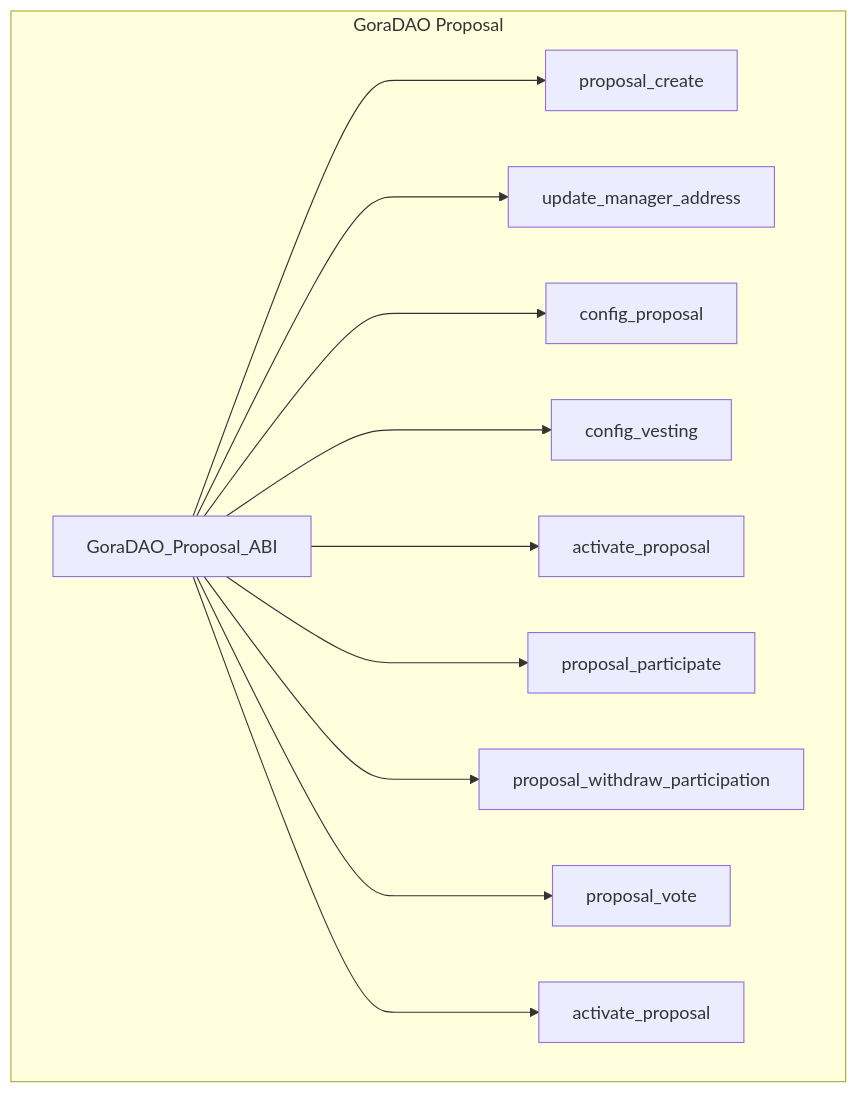
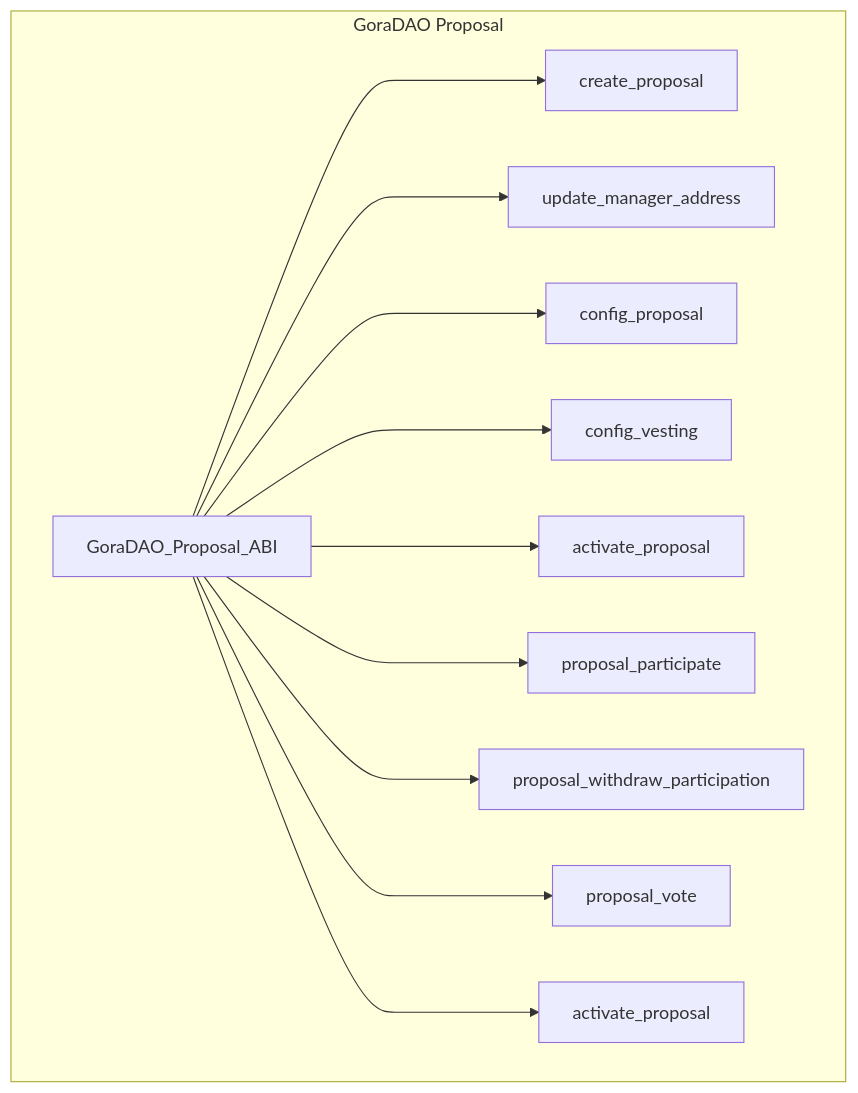
The seventh of 8 diagrams in README.md (GoraNetwork/gora-dao-smartcontracts), drawn with Mermaid before and after one commit.

Commit message:
AL-366 : Fixed typo on README.md

````diff
--- a/README.md
+++ b/README.md
@@ -272,32 +272,32 @@
 ```mermaid
 
 graph TB
  
       subgraph GoraDAO Proposal
             GoraDAO_Proposal[GoraDAO_Proposal_ABI]
-            Proposal_Create[proposal_create]
+            Proposal_Create[create_proposal]
             Update_Manager_address[update_manager_address]
             Configure_Proposal[config_proposal]
             Configure_Vesting[config_vesting]
             Activate_Voting[activate_proposal]
             Proposal_Participate[proposal_participate]
             Proposal_Withdraw_Participation[proposal_withdraw_participation]
             Proposal_Vote[proposal_vote]
             Force_Close_Proposal[activate_proposal]
        
         end
       
 
       GoraDAO_Proposal[GoraDAO_Proposal_ABI] ---> Proposal_Create
       GoraDAO_Proposal[GoraDAO_Proposal_ABI] ---> Update_Manager_address
 
       GoraDAO_Proposal[GoraDAO_Proposal_ABI] ---> Configure_Proposal
       GoraDAO_Proposal[GoraDAO_Proposal_ABI] ---> Configure_Vesting
       GoraDAO_Proposal[GoraDAO_Proposal_ABI] ---> Activate_Voting
       GoraDAO_Proposal[GoraDAO_Proposal_ABI] ---> Proposal_Participate
       GoraDAO_Proposal[GoraDAO_Proposal_ABI] ---> Proposal_Withdraw_Participation
       GoraDAO_Proposal[GoraDAO_Proposal_ABI] ---> Proposal_Vote
       GoraDAO_Proposal[GoraDAO_Proposal_ABI] ---> Force_Close_Proposal
  
 
 ```
````
